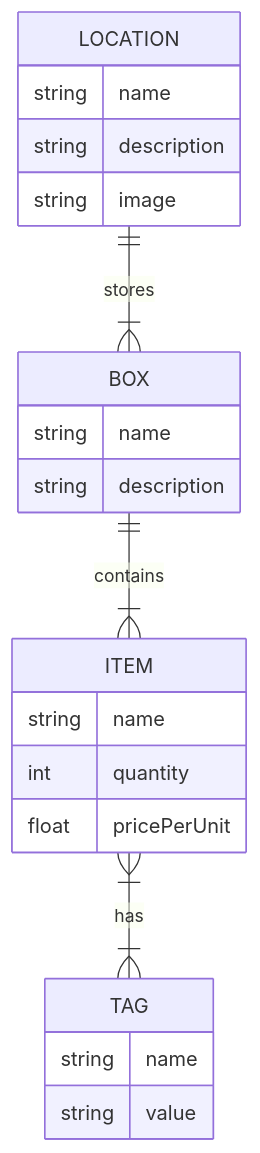
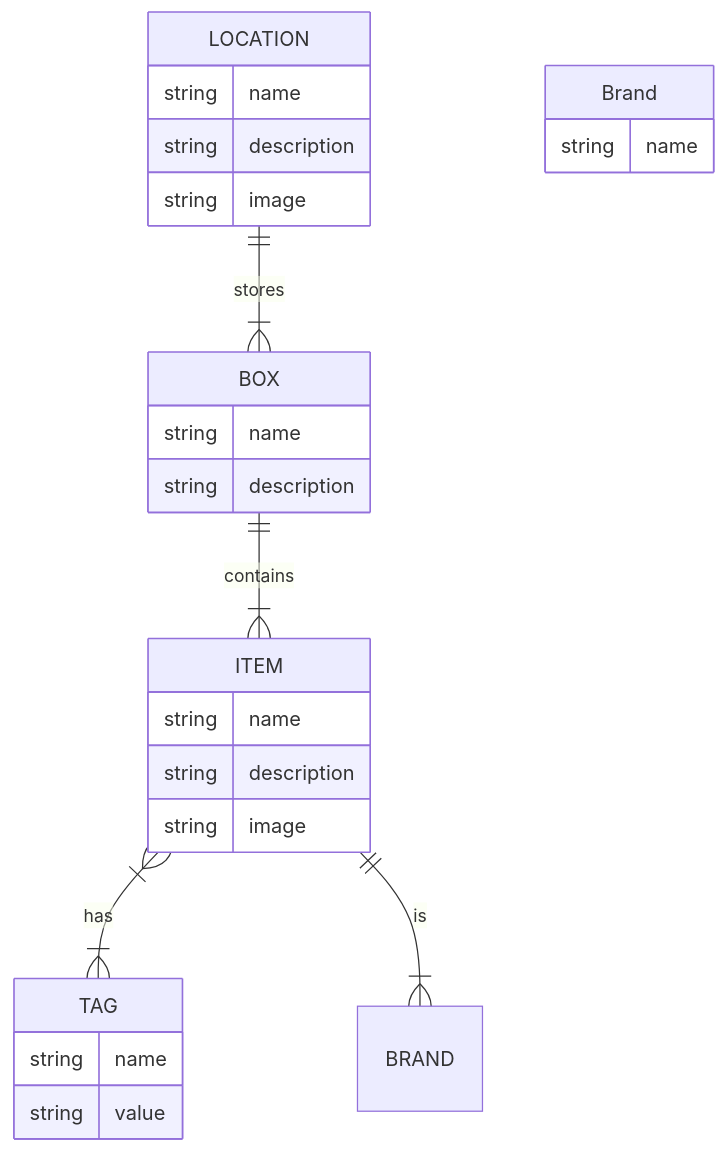
One commit to Storganizer/api changed the second of 2 diagrams in README.md. Above: the diagram before and after it, drawn with Mermaid.

Commit message:
Should represend the table pretty well

````diff
--- a/README.md
+++ b/README.md
@@ -21,29 +21,42 @@
 ```mermaid
 erDiagram
     LOCATION {
         string name
         string description
         string image
     }
-    LOCATION ||--|{ BOX : stores
 
     
     BOX {
         string name
         string description
     }
-    BOX ||--|{ ITEM : contains
 
 
     ITEM {
         string name
-        int quantity
-        float pricePerUnit
+        string description
+        string image
+
     }
-    ITEM }|--|{ TAG : has
 
     TAG {
         string name
         string value
     }
+
+    Brand {
+        string name
+    }
+
+
+
+
+    LOCATION ||--|{ BOX : stores
+    BOX ||--|{ ITEM : contains
+    ITEM }|--|{ TAG : has
+    ITEM ||--|{ BRAND : is
+
+
+
 ```
````
